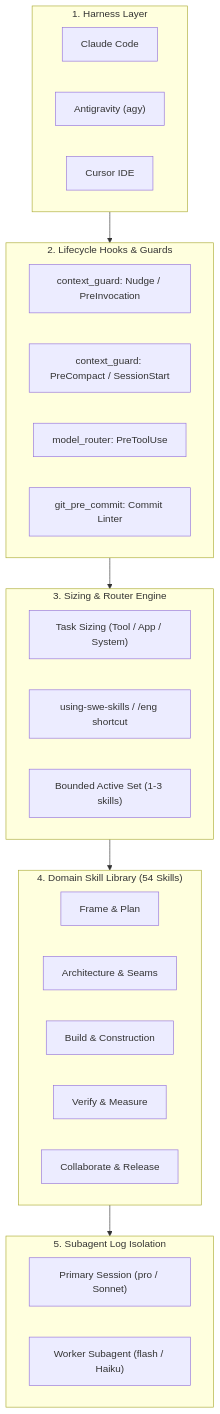
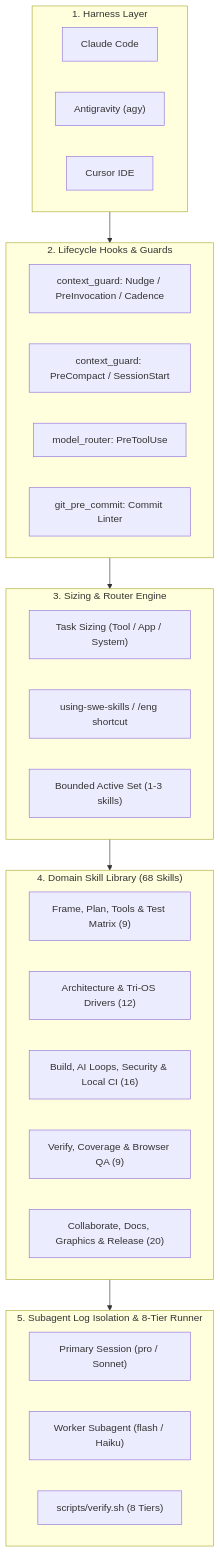
The diagram in docs/architecture.md (bsommers/swe-skills-2), drawn with Mermaid before and after one commit. The commit also changed other lines of this file and 73 other files, not shown here.

Commit message:
feat(v0.17.0): add local tool registry, local-first CI, neon graphics, logo/icons & GitHub Pages (68 skills)

````diff
--- a/docs/architecture.md
+++ b/docs/architecture.md
@@ -11,39 +15,40 @@
 ```mermaid
 flowchart TD
     subgraph HarnessLayer["1. Harness Layer"]
         Claude["Claude Code"]
         Agy["Antigravity (agy)"]
         Cursor["Cursor IDE"]
     end
 
     subgraph HookLayer["2. Lifecycle Hooks & Guards"]
-        Nudge["context_guard: Nudge / PreInvocation"]
+        Nudge["context_guard: Nudge / PreInvocation / Cadence"]
         CompGuard["context_guard: PreCompact / SessionStart"]
         RouterGuard["model_router: PreToolUse"]
         GitGuard["git_pre_commit: Commit Linter"]
     end
 
     subgraph RoutingLayer["3. Sizing & Router Engine"]
         Sizer["Task Sizing (Tool / App / System)"]
         Router["using-swe-skills / /eng shortcut"]
         ActiveSet["Bounded Active Set (1-3 skills)"]
     end
 
-    subgraph SkillTaxonomy["4. Domain Skill Library (54 Skills)"]
-        FramePlan["Frame & Plan"]
-        ArchDomain["Architecture & Seams"]
-        BuildDomain["Build & Construction"]
-        VerifyDomain["Verify & Measure"]
-        CollabDomain["Collaborate & Release"]
+    subgraph SkillTaxonomy["4. Domain Skill Library (68 Skills)"]
+        FramePlan["Frame, Plan, Tools & Test Matrix (9)"]
+        ArchDomain["Architecture & Tri-OS Drivers (12)"]
+        BuildDomain["Build, AI Loops, Security & Local CI (16)"]
+        VerifyDomain["Verify, Coverage & Browser QA (9)"]
+        CollabDomain["Collaborate, Docs, Graphics & Release (20)"]
     end
 
-    subgraph IsolationLayer["5. Subagent Log Isolation"]
+    subgraph IsolationLayer["5. Subagent Log Isolation & 8-Tier Runner"]
         Primary["Primary Session (pro / Sonnet)"]
         Worker["Worker Subagent (flash / Haiku)"]
+        VerifySh["scripts/verify.sh (8 Tiers)"]
     end
 
     HarnessLayer --> HookLayer
     HookLayer --> RoutingLayer
     RoutingLayer --> SkillTaxonomy
     SkillTaxonomy --> IsolationLayer
 ```
````
